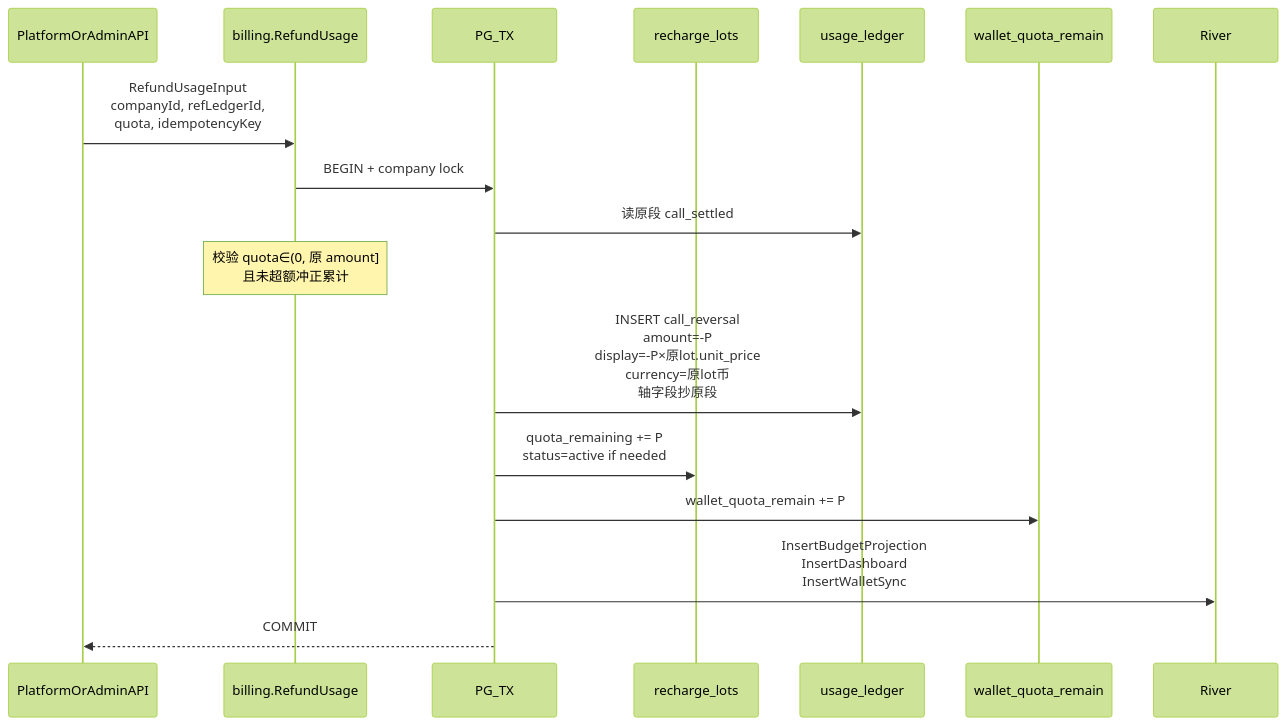
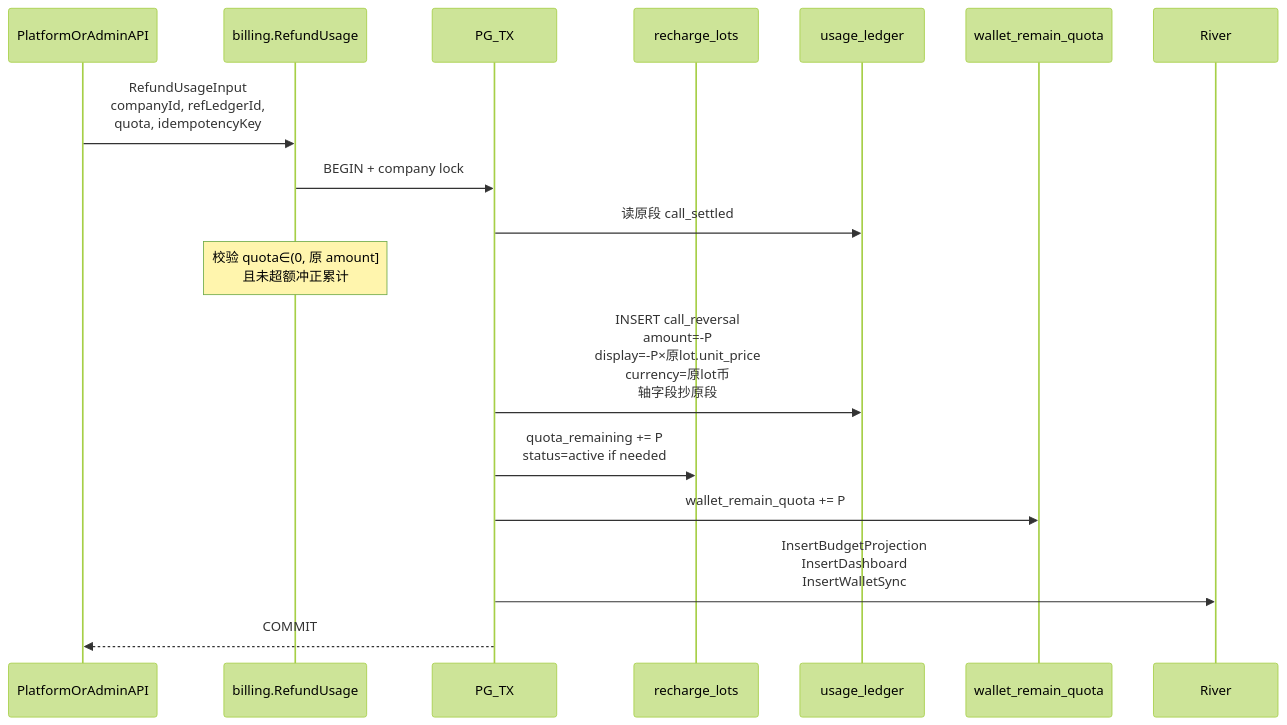
The second of 3 diagrams in docs/plan/Backend-退款与冲正.md (quyip8818/mytokenjoy), drawn with Mermaid (forest theme) before and after one commit. The commit also changed other lines of this file and 49 other files, not shown here.

Commit message:
rename wallet_remain

````diff
--- a/docs/plan/Backend-退款与冲正.md
+++ b/docs/plan/Backend-退款与冲正.md
@@ -97,20 +97,20 @@
 ```mermaid
 sequenceDiagram
   participant API as PlatformOrAdminAPI
   participant Svc as billing.RefundUsage
   participant Tx as PG_TX
   participant Lot as recharge_lots
   participant Ld as usage_ledger
-  participant W as wallet_quota_remain
+  participant W as wallet_remain_quota
   participant Q as River
 
   API->>Svc: RefundUsageInput<br/>companyId, refLedgerId,<br/>quota, idempotencyKey
   Svc->>Tx: BEGIN + company lock
   Tx->>Ld: 读原段 call_settled
   Note over Svc: 校验 quota∈(0, 原 amount]<br/>且未超额冲正累计
   Tx->>Ld: INSERT call_reversal<br/>amount=-P<br/>display=-P×原lot.unit_price<br/>currency=原lot币<br/>轴字段抄原段
   Tx->>Lot: quota_remaining += P<br/>status=active if needed
-  Tx->>W: wallet_quota_remain += P
+  Tx->>W: wallet_remain_quota += P
   Tx->>Q: InsertBudgetProjection<br/>InsertDashboard<br/>InsertWalletSync
   Tx-->>API: COMMIT
 ```
````
